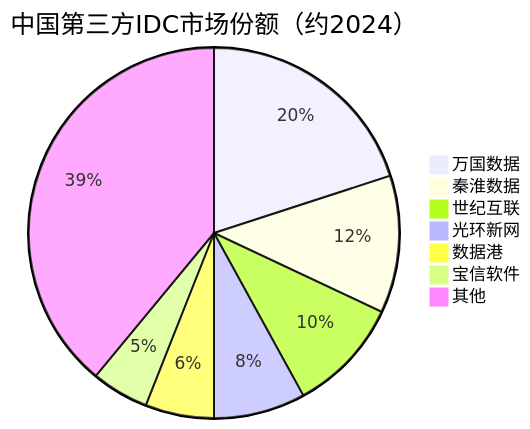
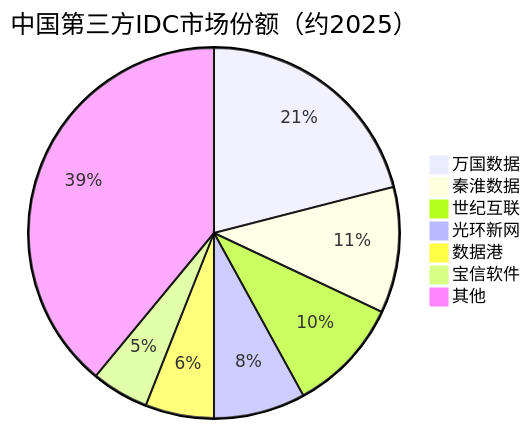
The third of 3 diagrams in AI产业链/下游/算力基础设施.md (blueprint1453/industry-insight), drawn with Mermaid before and after one commit. The commit also changed other lines of this file and 78 other files, not shown here.

````diff
--- a/AI产业链/下游/算力基础设施.md
+++ b/AI产业链/下游/算力基础设施.md
@@ -103,10 +103,10 @@
 ```mermaid
-pie title 中国第三方IDC市场份额（约2024）
-    "万国数据" : 20
-    "秦淮数据" : 12
+pie title 中国第三方IDC市场份额（约2025）
+    "万国数据" : 21
+    "秦淮数据" : 11
     "世纪互联" : 10
     "光环新网" : 8
     "数据港" : 6
     "宝信软件" : 5
     "其他" : 39
 ```
````
